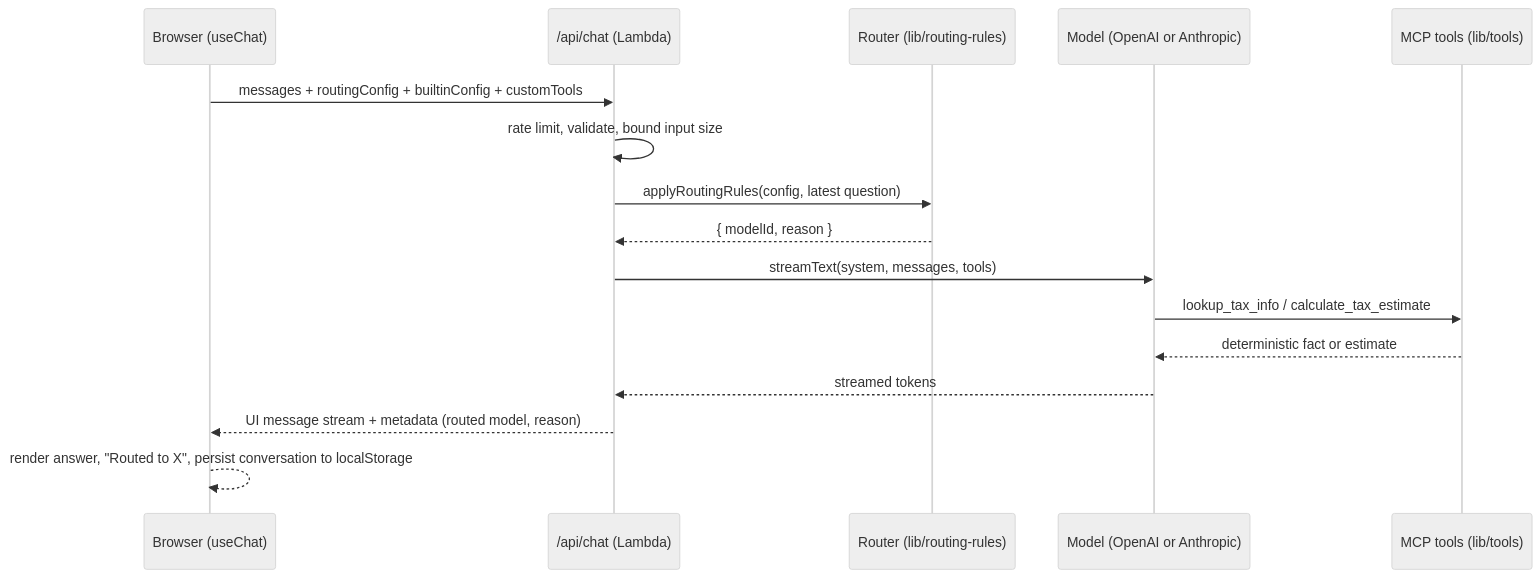
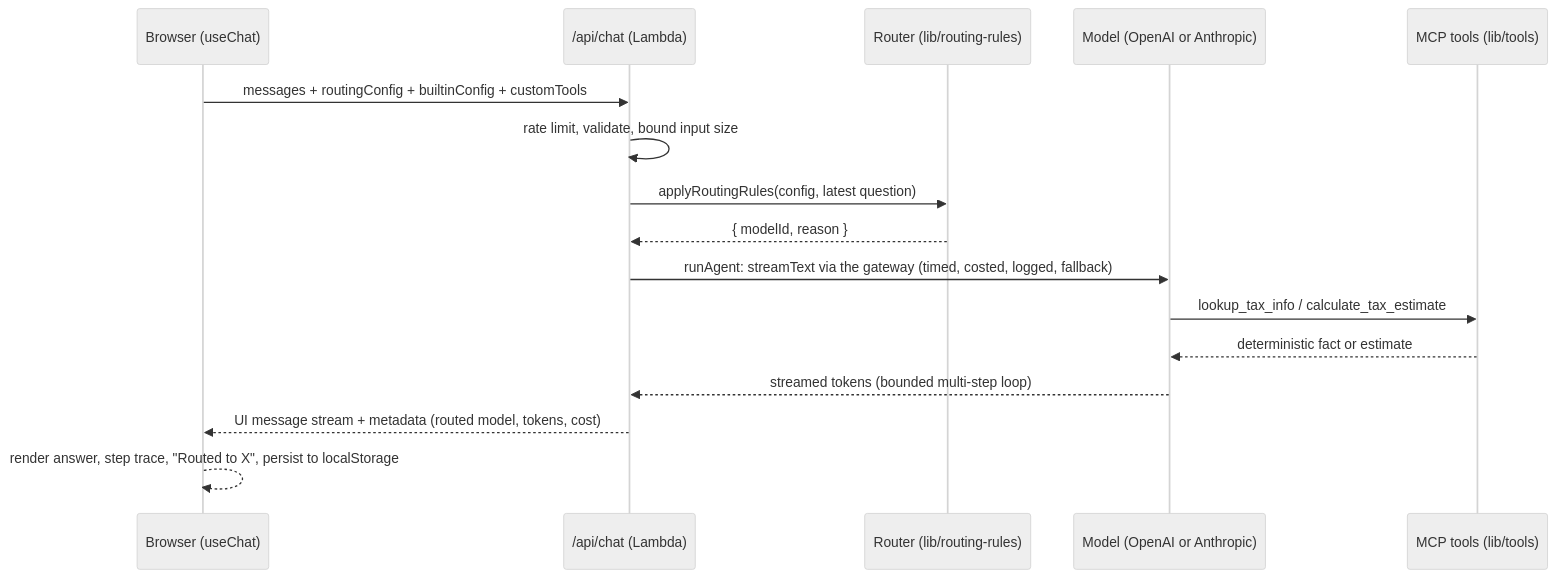
The second of 8 diagrams in README.md (elleskay/ai-tax-assistant-platform), drawn with Mermaid (neutral theme) before and after one commit. The commit also changed other lines of this file and 27 other files, not shown here.

First line of the commit message:
feat(web): QuickJS sandbox, MCP server, and a visible multi-step agent trace

````diff
--- a/README.md
+++ b/README.md
@@ -121,19 +189,19 @@
 ```mermaid
 sequenceDiagram
   participant B as Browser (useChat)
   participant API as /api/chat (Lambda)
   participant R as Router (lib/routing-rules)
   participant M as Model (OpenAI or Anthropic)
   participant T as MCP tools (lib/tools)
 
   B->>API: messages + routingConfig + builtinConfig + customTools
   API->>API: rate limit, validate, bound input size
   API->>R: applyRoutingRules(config, latest question)
   R-->>API: { modelId, reason }
-  API->>M: streamText(system, messages, tools)
+  API->>M: runAgent: streamText via the gateway (timed, costed, logged, fallback)
   M->>T: lookup_tax_info / calculate_tax_estimate
   T-->>M: deterministic fact or estimate
-  M-->>API: streamed tokens
-  API-->>B: UI message stream + metadata (routed model, reason)
-  B-->>B: render answer, "Routed to X", persist conversation to localStorage
+  M-->>API: streamed tokens (bounded multi-step loop)
+  API-->>B: UI message stream + metadata (routed model, tokens, cost)
+  B-->>B: render answer, step trace, "Routed to X", persist to localStorage
 ```
````
